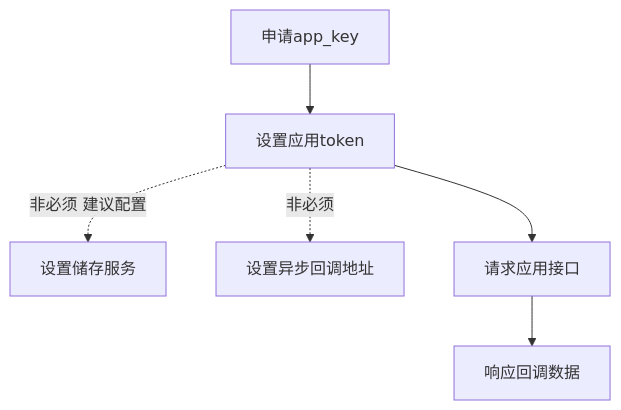
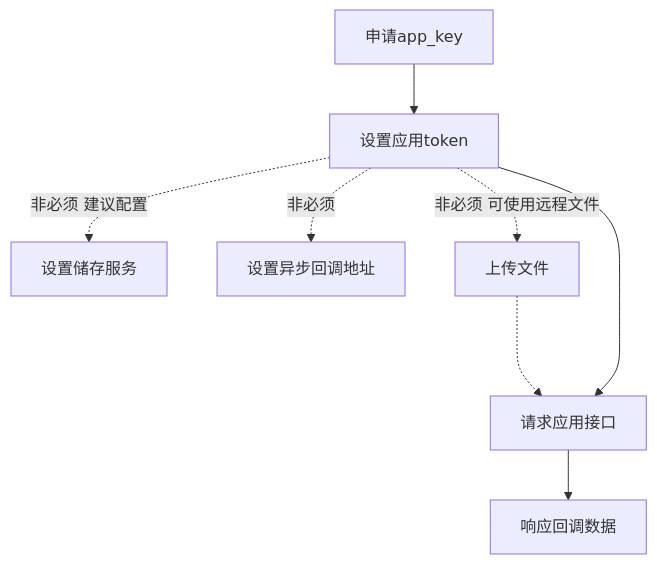
One commit to easyyun/easyyun.github.io changed the second of 2 diagrams in docs/api/base.md. Above: the diagram before and after it, drawn with Mermaid. The commit also changed 1 other file, not shown here.

````diff
--- a/docs/api/base.md
+++ b/docs/api/base.md
@@ -19,8 +19,10 @@
 ```mermaid
 graph TD;
     申请app_key-->设置应用token;
     设置应用token-. 非必须 建议配置 .->设置储存服务;
     设置应用token-. 非必须 .->设置异步回调地址;
+    设置应用token-. 非必须 可使用远程文件 .->上传文件;
+    上传文件-..->请求应用接口;
     设置应用token-->请求应用接口;
     请求应用接口-->响应回调数据;
 ```
````
